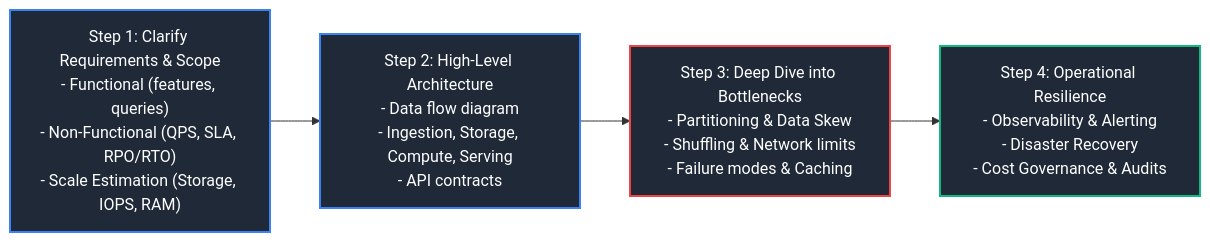
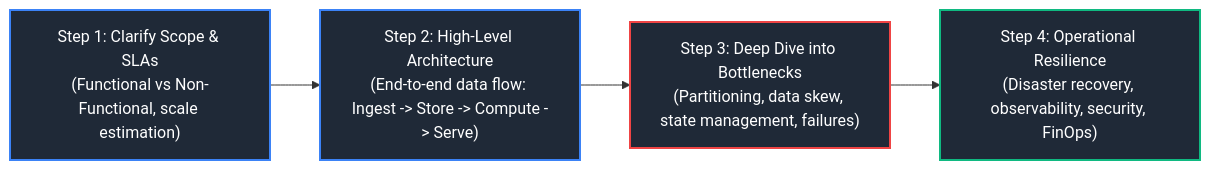
Before and after one commit to joydeep-biswas/Interview-Preparation: the eighth of 8 diagrams in Data Engineering/15_system_design_for_data_engineering.md, drawn with Mermaid. The commit also changed other lines of this file and 113 other files, not shown here.

````diff
--- a/Data Engineering/15_system_design_for_data_engineering.md
+++ b/Data Engineering/15_system_design_for_data_engineering.md
@@ -271,14 +737,14 @@
 ```mermaid
 flowchart LR
-    Step1["Step 1: Clarify Requirements & Scope\n- Functional (features, queries)\n- Non-Functional (QPS, SLA, RPO/RTO)\n- Scale Estimation (Storage, IOPS, RAM)"]
-    Step2["Step 2: High-Level Architecture\n- Data flow diagram\n- Ingestion, Storage, Compute, Serving\n- API contracts"]
-    Step3["Step 3: Deep Dive into Bottlenecks\n- Partitioning & Data Skew\n- Shuffling & Network limits\n- Failure modes & Caching"]
-    Step4["Step 4: Operational Resilience\n- Observability & Alerting\n- Disaster Recovery\n- Cost Governance & Audits"]
+    Step1["Step 1: Clarify Scope & SLAs<br/>(Functional vs Non-Functional, scale estimation)"]
+    Step2["Step 2: High-Level Architecture<br/>(End-to-end data flow: Ingest -> Store -> Compute -> Serve)"]
+    Step3["Step 3: Deep Dive into Bottlenecks<br/>(Partitioning, data skew, state management, failures)"]
+    Step4["Step 4: Operational Resilience<br/>(Disaster recovery, observability, security, FinOps)"]
 
     Step1 --> Step2 --> Step3 --> Step4
 
     style Step1 fill:#1f2937,stroke:#3b82f6,stroke-width:2px,color:#fff
     style Step2 fill:#1f2937,stroke:#3b82f6,stroke-width:2px,color:#fff
     style Step3 fill:#1f2937,stroke:#ef4444,stroke-width:2px,color:#fff
     style Step4 fill:#1f2937,stroke:#10b981,stroke-width:2px,color:#fff
 ```
````
